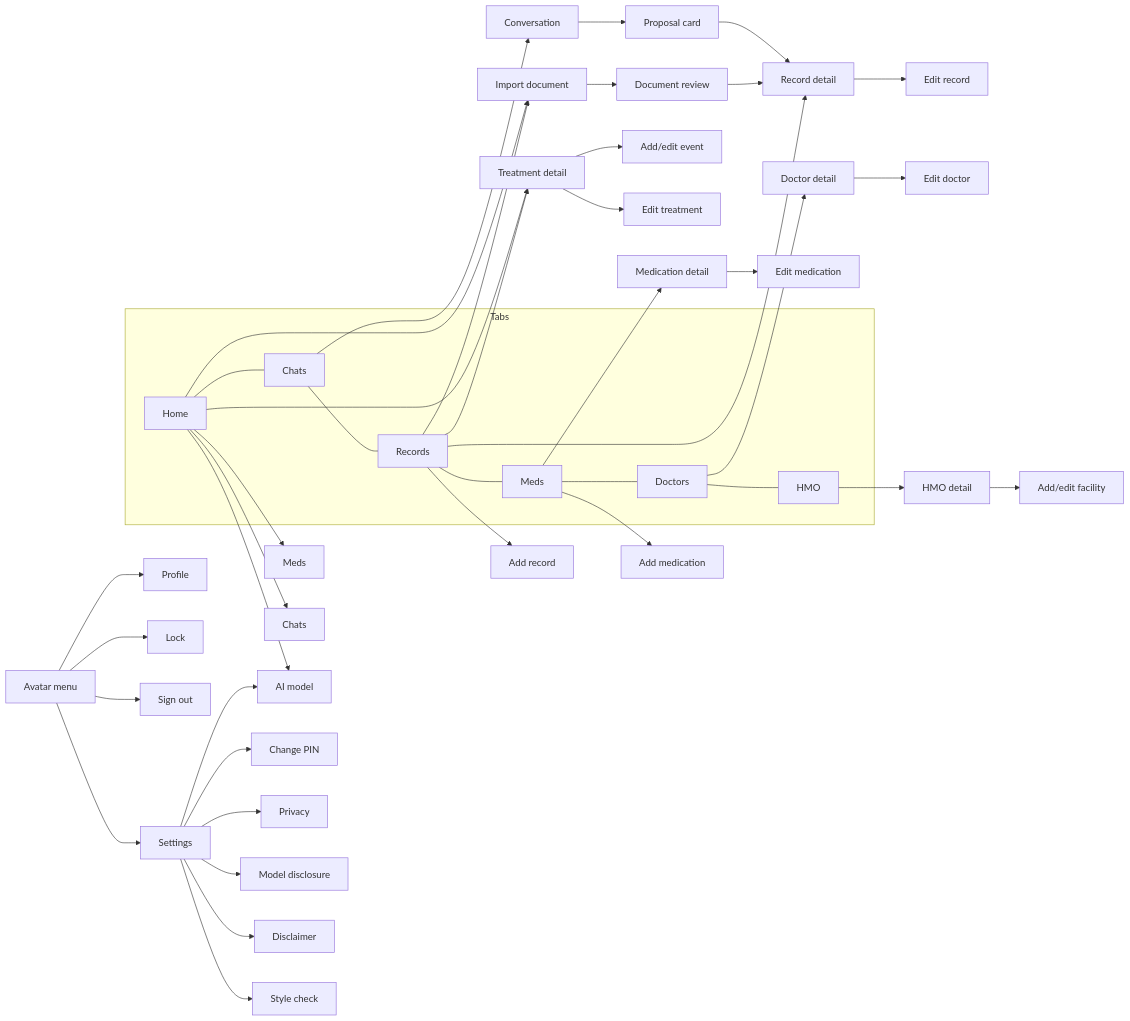
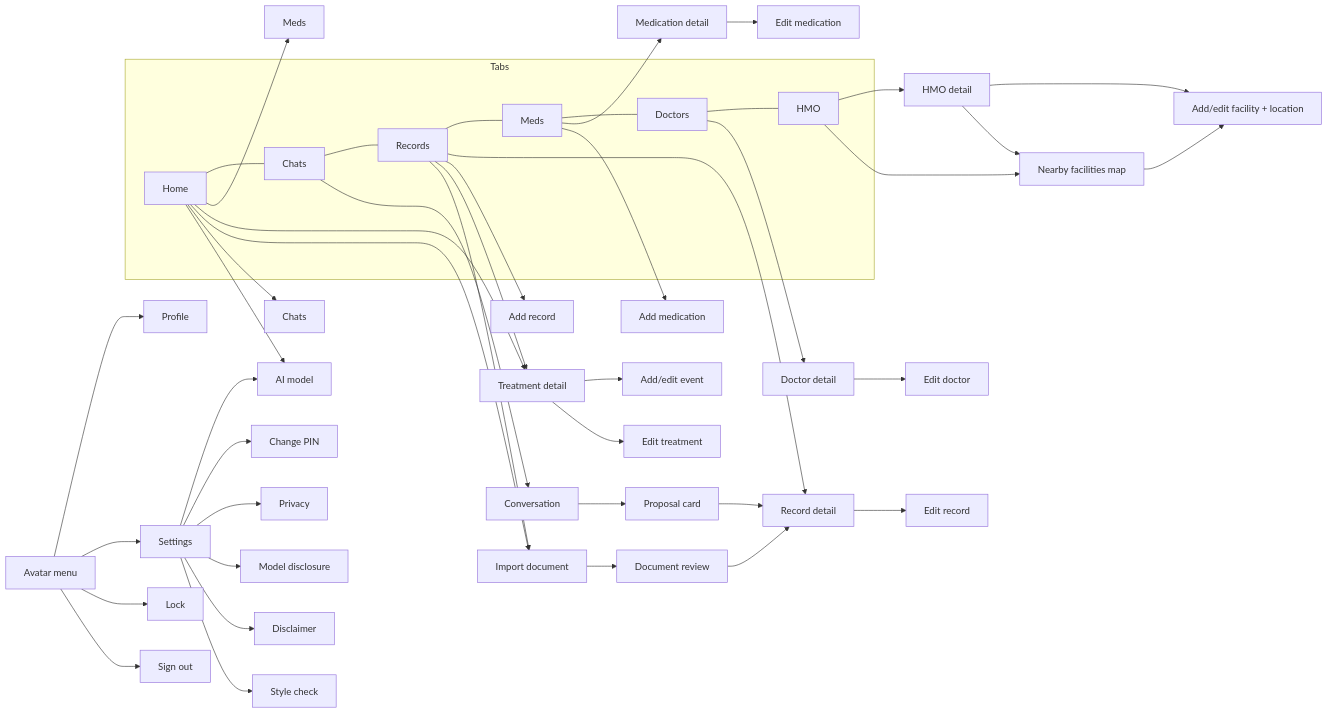
One commit to winterwind999/doc-pawi changed the third of 3 diagrams in docs/APP_FLOW.md. Above: the diagram before and after it, drawn with Mermaid. The commit also changed other lines of this file and 11 other files, not shown here.

````diff
--- a/docs/APP_FLOW.md
+++ b/docs/APP_FLOW.md
@@ -72,18 +67,21 @@
 ```mermaid
 flowchart LR
   subgraph Tabs
     Home --- Chats --- Records --- Meds --- Doctors --- HMO
   end
   Avatar[Avatar menu] --> Profile & Settings & Lock & SignOut[Sign out]
   Home --> MedsT[Meds] & Treat[Treatment detail] & Import[Import document] & ChatsT[Chats] & ModelSetup[AI model]
   Chats --> Conv[Conversation] --> Proposal[Proposal card] --> RecDetail[Record detail]
   Records --> RecDetail --> RecEdit[Edit record]
   Records --> RecNew[Add record]
   Records --> Treat --> EventForm[Add/edit event] & TreatEdit[Edit treatment]
   Records --> Import --> DocReview[Document review] --> RecDetail
   Meds --> MedDetail[Medication detail] --> MedEdit[Edit medication]
   Meds --> MedNew[Add medication]
   Doctors --> DocDetail[Doctor detail] --> DocEdit[Edit doctor]
-  HMO --> HmoDetail[HMO detail] --> Facility[Add/edit facility]
+  HMO --> HmoDetail[HMO detail] --> Facility[Add/edit facility + location]
+  HMO --> Nearby[Nearby facilities map]
+  HmoDetail --> Nearby
+  Nearby --> Facility
   Settings --> ModelSetup & ChangePIN[Change PIN] & Privacy & Disclosure[Model disclosure] & Disclaimer & StyleCheck[Style check]
 ```
````
